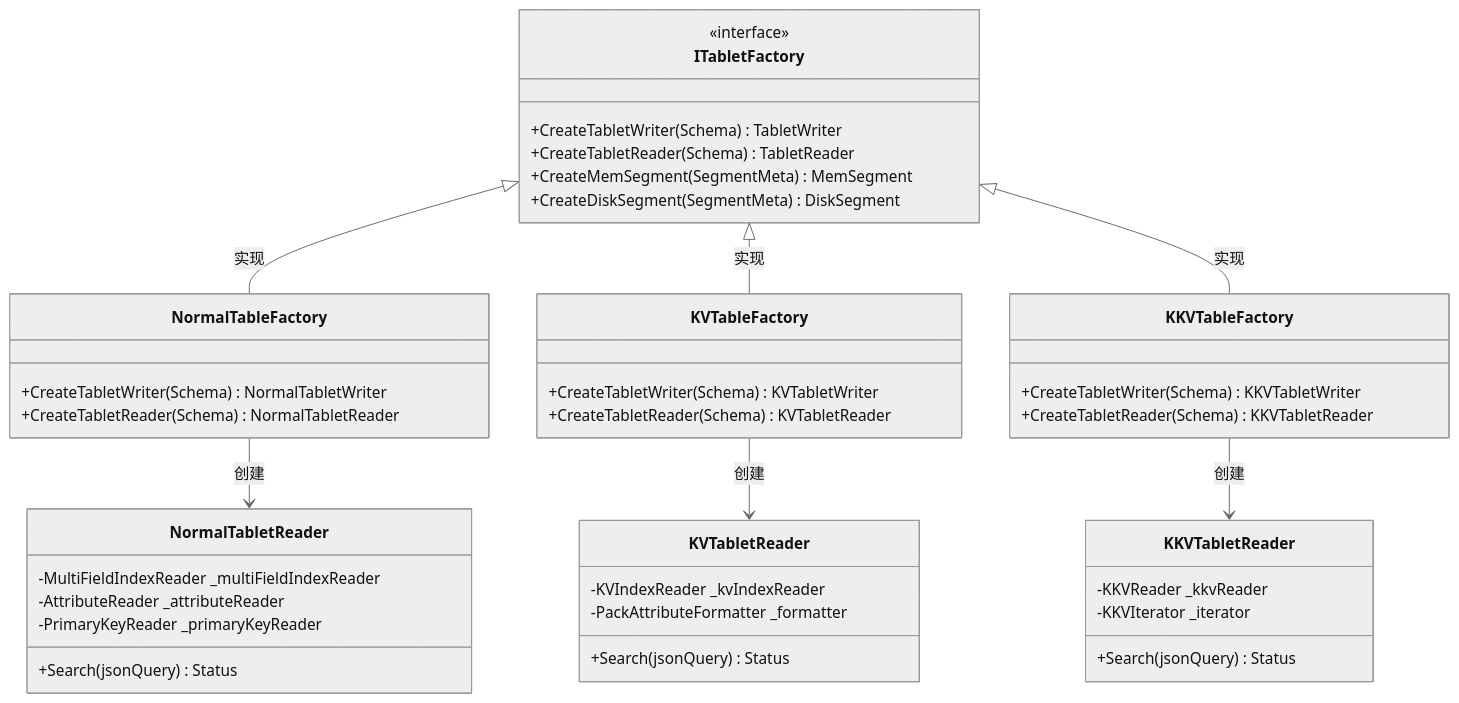
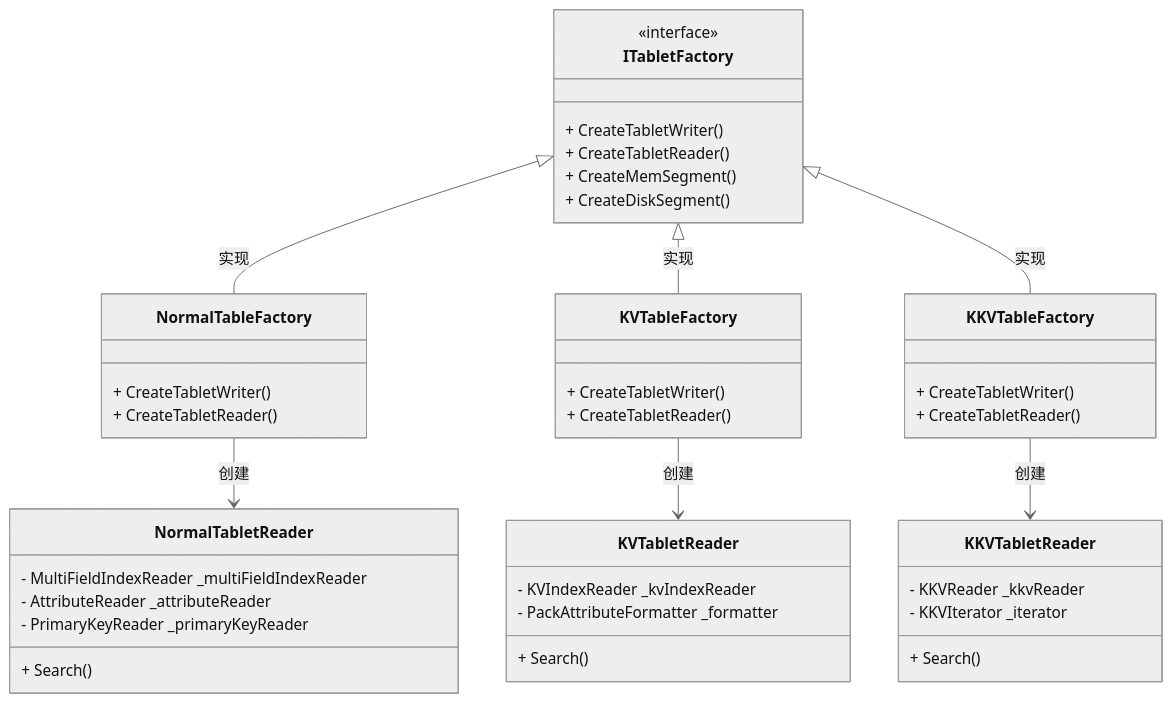
Before and after one commit to zhouzhilong-commits/zhouzhilong-commits.github.io: the first of 3 diagrams in _posts/2025-07-14-indexlib-8-index-types.md, drawn with Mermaid (neutral theme). The commit also changed other lines of this file and 228 other files, not shown here.

````diff
--- a/_posts/2025-07-14-indexlib-8-index-types.md
+++ b/_posts/2025-07-14-indexlib-8-index-types.md
@@ -32,51 +32,51 @@
 ```mermaid
 classDiagram
     class ITabletFactory {
         <<interface>>
-        +CreateTabletWriter(Schema) TabletWriter
-        +CreateTabletReader(Schema) TabletReader
-        +CreateMemSegment(SegmentMeta) MemSegment
-        +CreateDiskSegment(SegmentMeta) DiskSegment
+        + CreateTabletWriter()
+        + CreateTabletReader()
+        + CreateMemSegment()
+        + CreateDiskSegment()
     }
     
     class NormalTableFactory {
-        +CreateTabletWriter(Schema) NormalTabletWriter
-        +CreateTabletReader(Schema) NormalTabletReader
+        + CreateTabletWriter()
+        + CreateTabletReader()
     }
     
     class KVTableFactory {
-        +CreateTabletWriter(Schema) KVTabletWriter
-        +CreateTabletReader(Schema) KVTabletReader
+        + CreateTabletWriter()
+        + CreateTabletReader()
     }
     
     class KKVTableFactory {
-        +CreateTabletWriter(Schema) KKVTabletWriter
-        +CreateTabletReader(Schema) KKVTabletReader
+        + CreateTabletWriter()
+        + CreateTabletReader()
     }
     
     class NormalTabletReader {
-        -MultiFieldIndexReader _multiFieldIndexReader
-        -AttributeReader _attributeReader
-        -PrimaryKeyReader _primaryKeyReader
-        +Search(jsonQuery) Status
+        - MultiFieldIndexReader _multiFieldIndexReader
+        - AttributeReader _attributeReader
+        - PrimaryKeyReader _primaryKeyReader
+        + Search()
     }
     
     class KVTabletReader {
-        -KVIndexReader _kvIndexReader
-        -PackAttributeFormatter _formatter
-        +Search(jsonQuery) Status
+        - KVIndexReader _kvIndexReader
+        - PackAttributeFormatter _formatter
+        + Search()
     }
     
     class KKVTabletReader {
-        -KKVReader _kkvReader
-        -KKVIterator _iterator
-        +Search(jsonQuery) Status
+        - KKVReader _kkvReader
+        - KKVIterator _iterator
+        + Search()
     }
     
     ITabletFactory <|-- NormalTableFactory : 实现
     ITabletFactory <|-- KVTableFactory : 实现
     ITabletFactory <|-- KKVTableFactory : 实现
     NormalTableFactory --> NormalTabletReader : 创建
     KVTableFactory --> KVTabletReader : 创建
     KKVTableFactory --> KKVTabletReader : 创建
 ```
````
